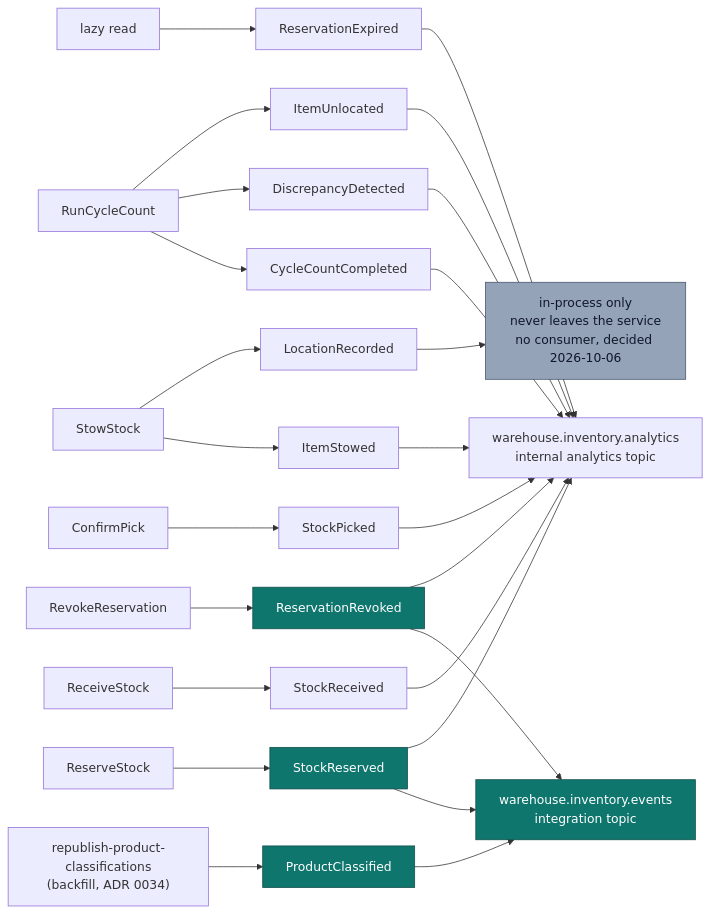
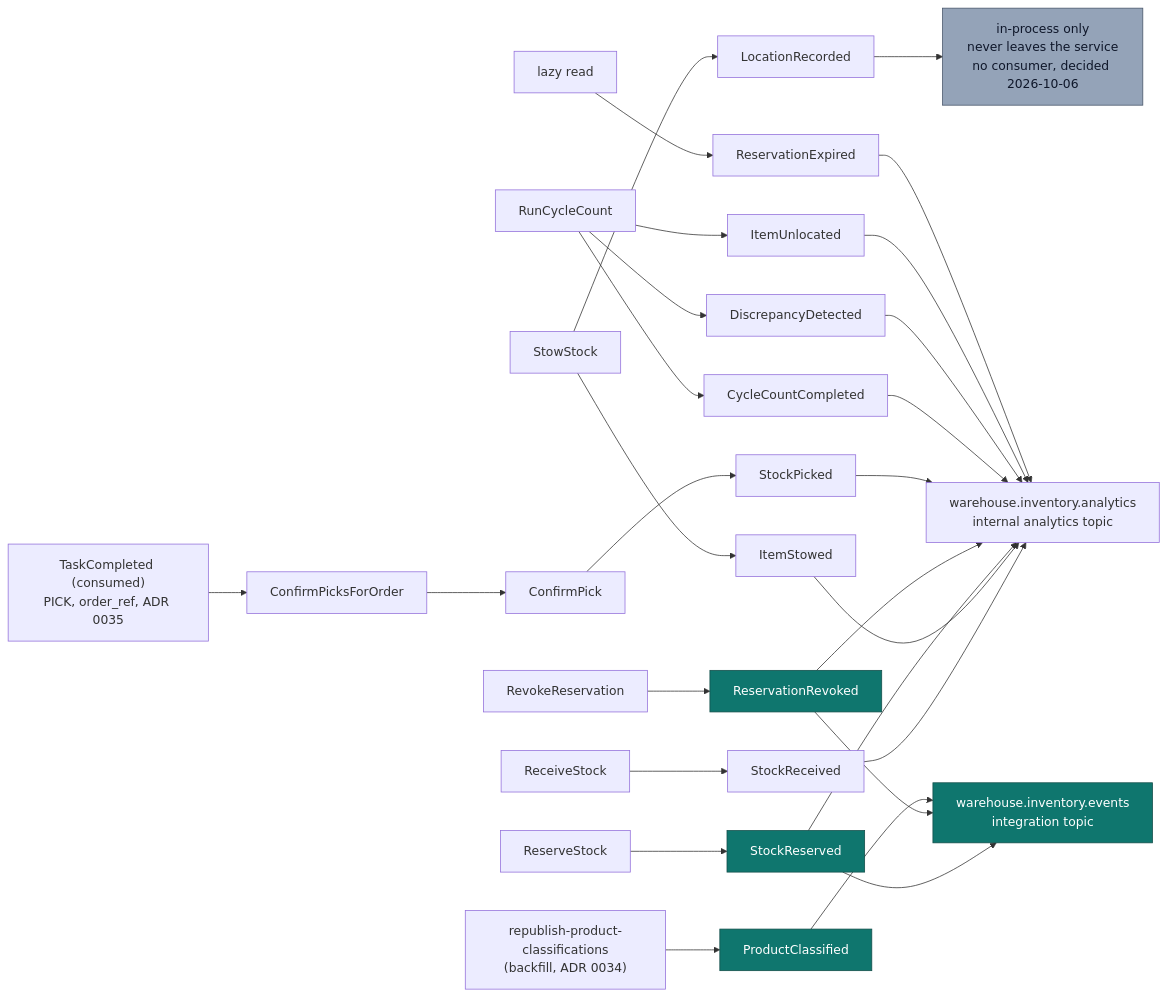
The diagram in docs/docs/ddd/domain-events.md (IQVO/inventory-storage), drawn with Mermaid before and after one commit. The commit also changed other lines of this file and 9 other files, not shown here.

First line of the commit message:
docs(ddd): confirm-pick resolved - event-driven from TaskCompleted (ADR 0035)

````diff
--- a/docs/docs/ddd/domain-events.md
+++ b/docs/docs/ddd/domain-events.md
@@ -44,23 +44,24 @@
 ```mermaid
 flowchart LR
   RS["ReceiveStock"] --> E1["StockReceived"]
   SS["StowStock"] --> E2["ItemStowed"]
   SS --> E3["LocationRecorded"]
   RES["ReserveStock"] --> E4["StockReserved"]
   REV["RevokeReservation"] --> E5["ReservationRevoked"]
   CP["ConfirmPick"] --> E6["StockPicked"]
+  TC["TaskCompleted (consumed)<br/>PICK, order_ref, ADR 0035"] --> CPO["ConfirmPicksForOrder"] --> CP
   CC["RunCycleCount"] --> E7["CycleCountCompleted"]
   CC --> E8["DiscrepancyDetected"]
   CC --> E9["ItemUnlocated"]
   EXP["lazy read"] --> E10["ReservationExpired"]
   BF["republish-product-classifications<br/>(backfill, ADR 0034)"] --> E11["ProductClassified"]
 
   E4 & E5 & E11 --> KAF["warehouse.inventory.events<br/>integration topic"]
   E1 & E2 & E4 & E5 & E6 & E7 & E8 & E9 & E10 --> ANA["warehouse.inventory.analytics<br/>internal analytics topic"]
   E3 --> LOG["in-process only<br/>never leaves the service<br/>no consumer, decided 2026-10-06"]
 
   classDef wired fill:#0f766e,stroke:#134e4a,color:#fff;
   classDef local fill:#94a3b8,stroke:#475569,color:#0f172a;
   class E4,E5,E11,KAF wired;
   class LOG local;
 ```
````
